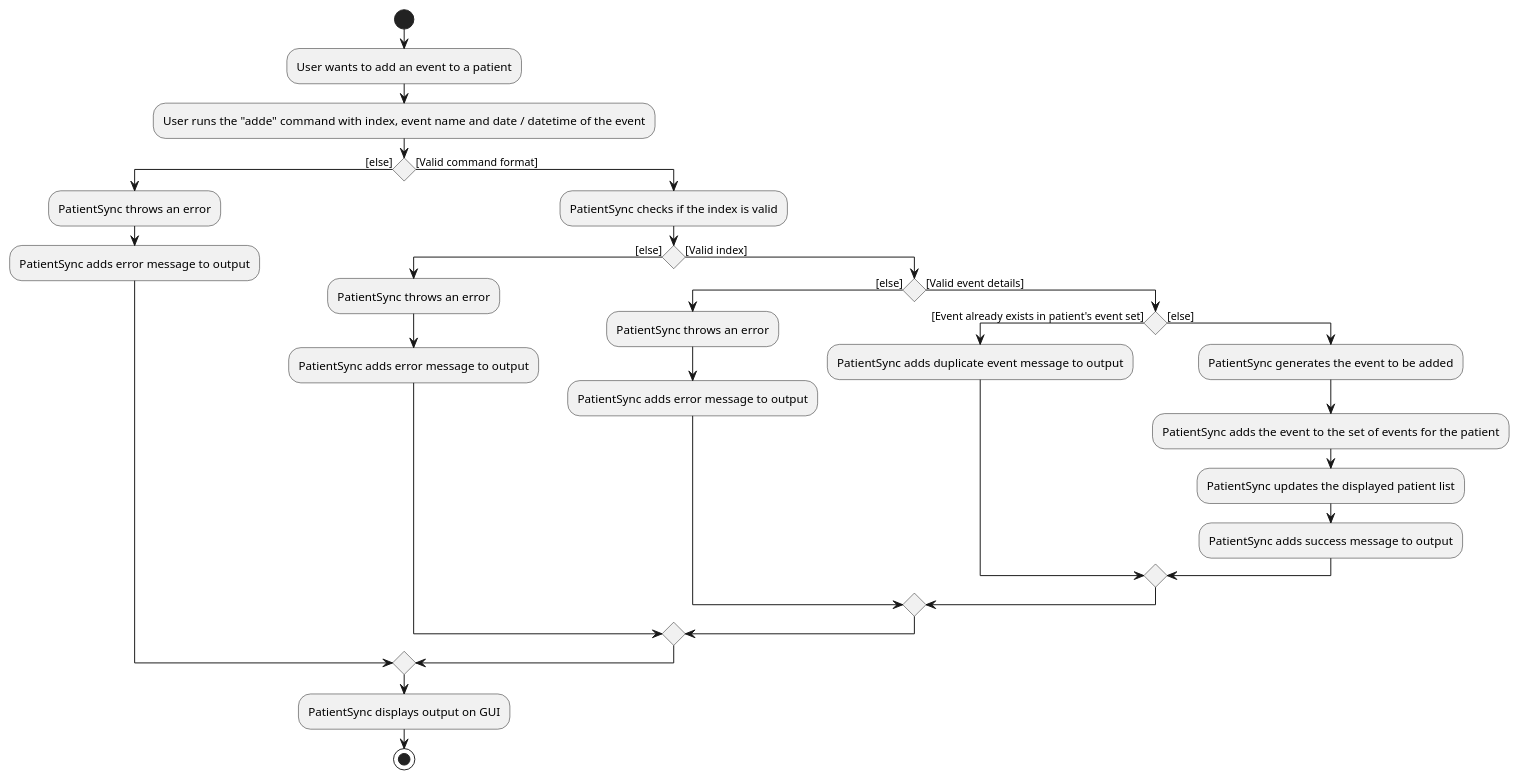
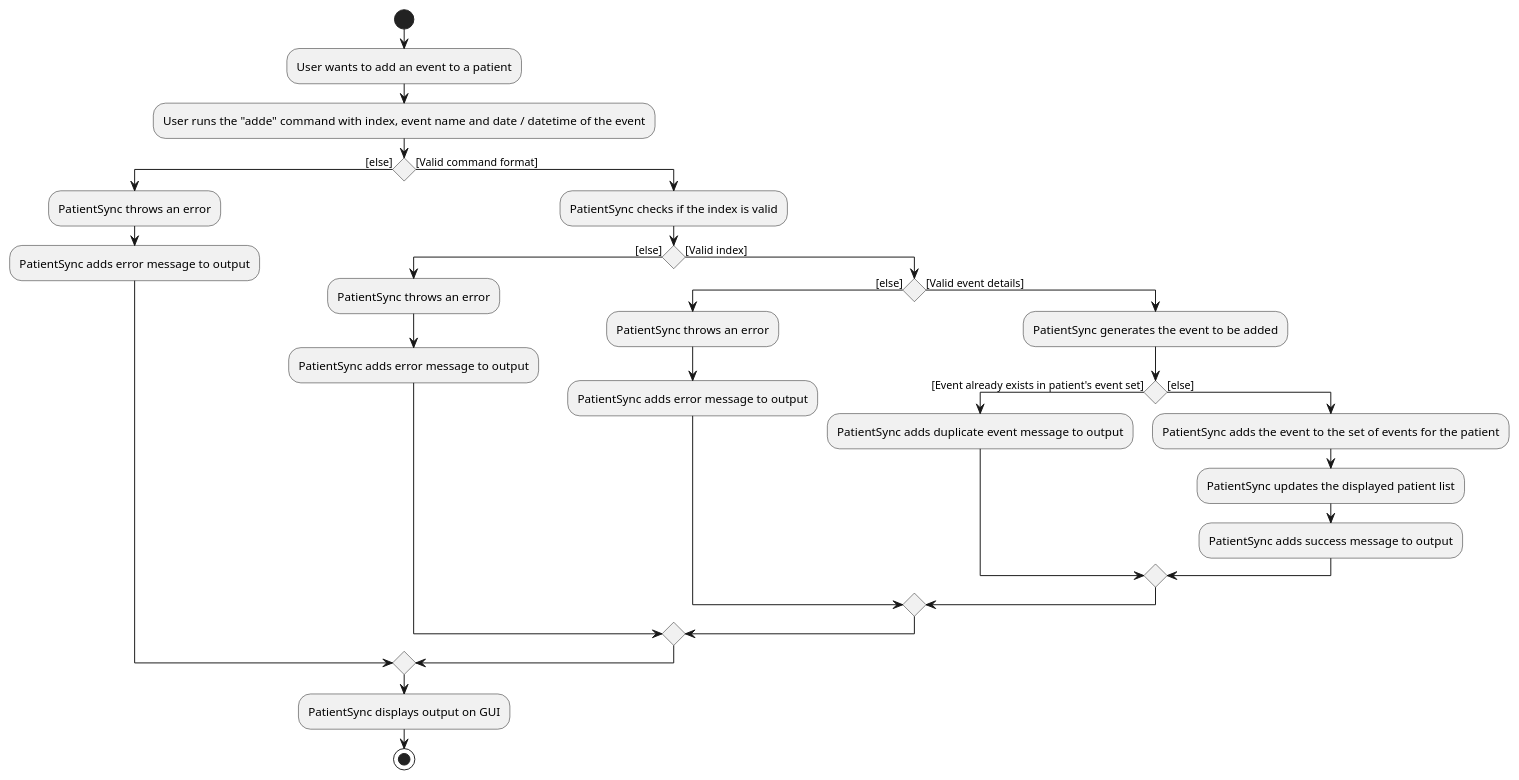
Before and after one commit to NeoHW/tp: the diagram in docs/diagrams/AddEventActivityDiagram.puml, drawn with PlantUML. The commit also changed other lines of this file, not shown here.

Commit message:
doc: Update Activity Diagram

```diff
--- a/docs/diagrams/AddEventActivityDiagram.puml
+++ b/docs/diagrams/AddEventActivityDiagram.puml
@@ -1,31 +1,31 @@
 @startuml
 start
 :User wants to add an event to a patient;
 :User runs the "adde" command with index, event name and date / datetime of the event;
 if () then ([else])
     :PatientSync throws an error;
     :PatientSync adds error message to output;
 else ([Valid command format])
     :PatientSync checks if the index is valid;
     if () then ([else])
         :PatientSync throws an error;
         :PatientSync adds error message to output;
     else ([Valid index])
         if () then ([else])
             :PatientSync throws an error;
             :PatientSync adds error message to output;
         else ([Valid event details])
+                :PatientSync generates the event to be added;
             if () then ([Event already exists in patient's event set])
                 :PatientSync adds duplicate event message to output;
             else ([else])
-                :PatientSync generates the event to be added;
                 :PatientSync adds the event to the set of events for the patient;
                 :PatientSync updates the displayed patient list;
                 :PatientSync adds success message to output;
             endif
         endif
     endif
 endif
 :PatientSync displays output on GUI;
 stop
 @enduml
```
